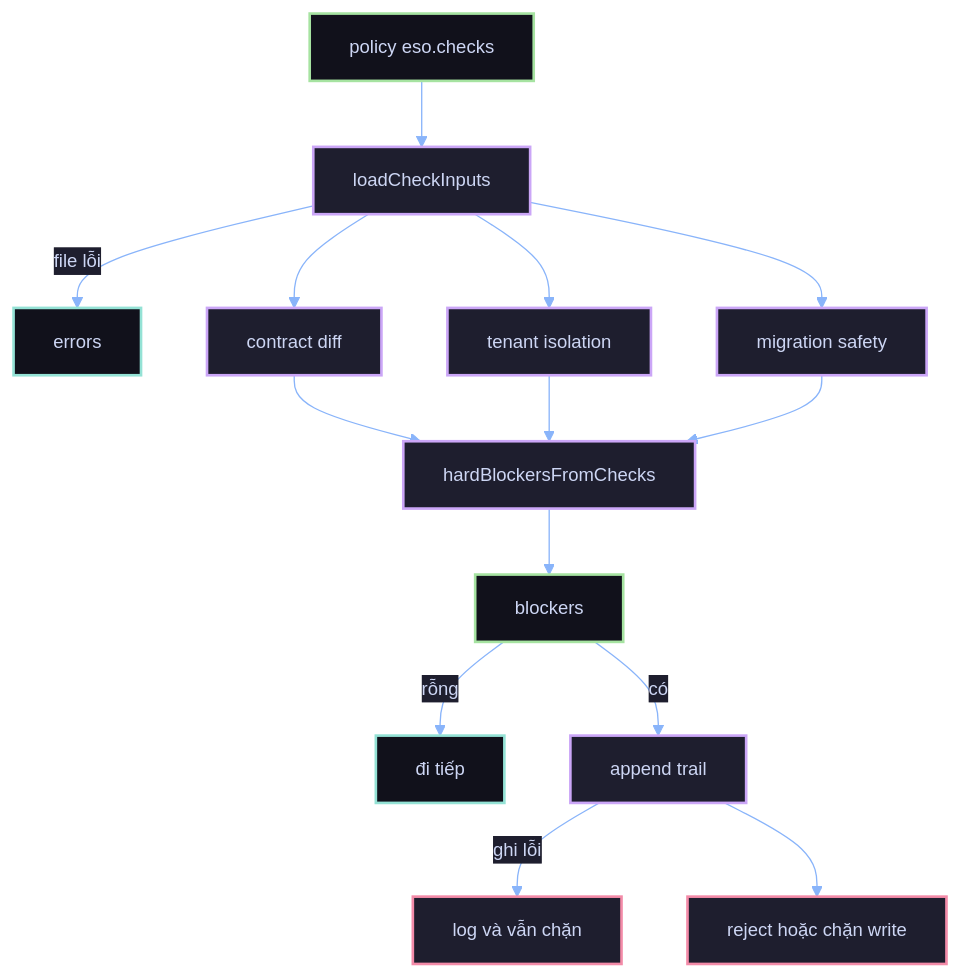
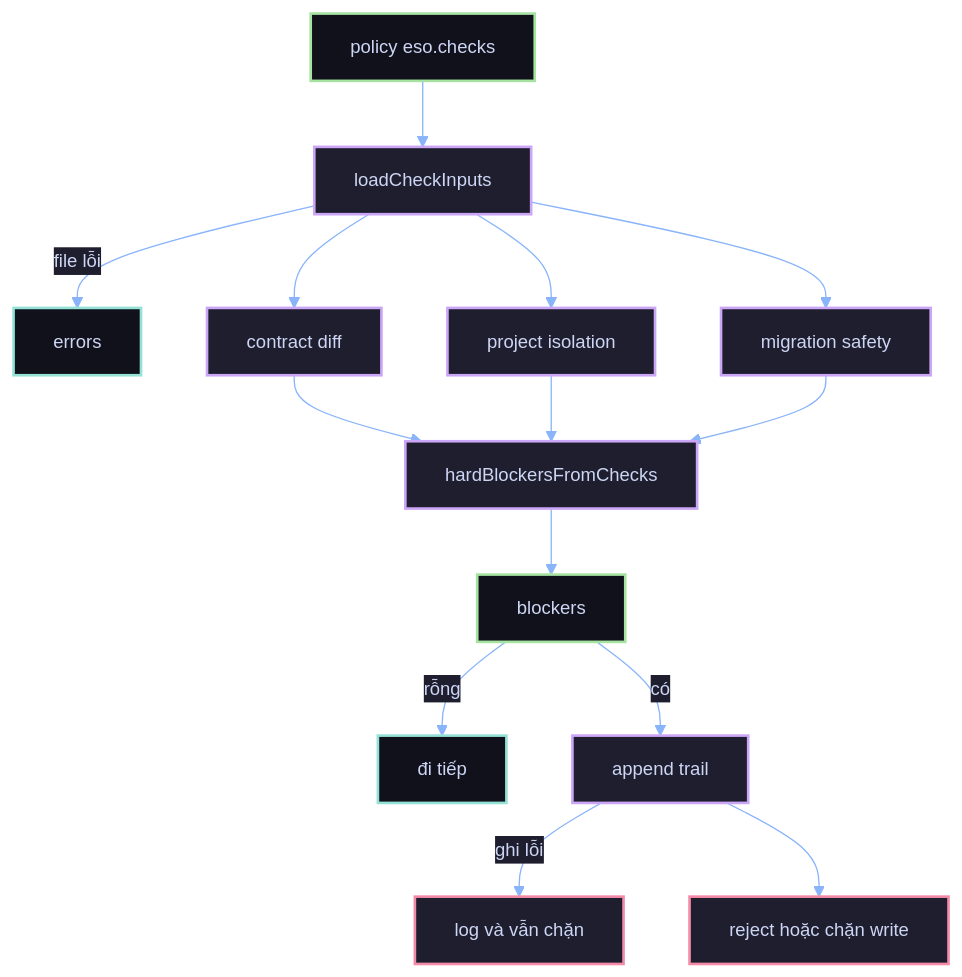
One commit to thangs2/harness-eso changed the third of 8 diagrams in documents/07.how-it-works/03.pipelines.md. Above: the diagram before and after it, drawn with Mermaid. The commit also changed other lines of this file and 125 other files, not shown here.

````diff
--- a/documents/07.how-it-works/03.pipelines.md
+++ b/documents/07.how-it-works/03.pipelines.md
@@ -57,23 +57,23 @@
 ```mermaid
 %%{init: {"theme": "base", "themeVariables": {"background": "#1e1e2e", "primaryColor": "#313244", "primaryTextColor": "#cdd6f4", "primaryBorderColor": "#cba6f7", "lineColor": "#89b4fa", "secondaryColor": "#181825", "tertiaryColor": "#11111b", "clusterBkg": "#181825", "clusterBorder": "#6c7086", "edgeLabelBackground": "#1e1e2e", "fontSize": "14px", "actorBkg": "#313244", "actorBorder": "#cba6f7", "actorTextColor": "#cdd6f4", "signalColor": "#89b4fa", "signalTextColor": "#cdd6f4", "noteBkgColor": "#313244", "noteTextColor": "#cdd6f4", "noteBorderColor": "#f9e2af"}}}%%
 flowchart TB
 
     classDef w fill:#1e1e2e,stroke:#cba6f7,stroke-width:2px,color:#cdd6f4
     classDef r fill:#11111b,stroke:#94e2d5,stroke-width:2px,color:#cdd6f4
     classDef shared fill:#11111b,stroke:#a6e3a1,stroke-width:2px,color:#cdd6f4
     classDef stop fill:#1e1e2e,stroke:#f38ba8,stroke-width:2px,color:#cdd6f4
 
     CFG[policy eso.checks]:::shared --> L[loadCheckInputs]:::w
     L -->|file lỗi| ERR[errors]:::r
     L --> D1[contract diff]:::w
-    L --> D2[tenant isolation]:::w
+    L --> D2[project isolation]:::w
     L --> D3[migration safety]:::w
     D1 --> HB[hardBlockersFromChecks]:::w
     D2 --> HB
     D3 --> HB
     HB --> B[blockers]:::shared
     B -->|rỗng| PASS[đi tiếp]:::r
     B -->|có| REC[append trail]:::w
     REC -->|ghi lỗi| LOG[log và vẫn chặn]:::stop
     REC --> REJ[reject hoặc chặn write]:::stop
 ```
````
